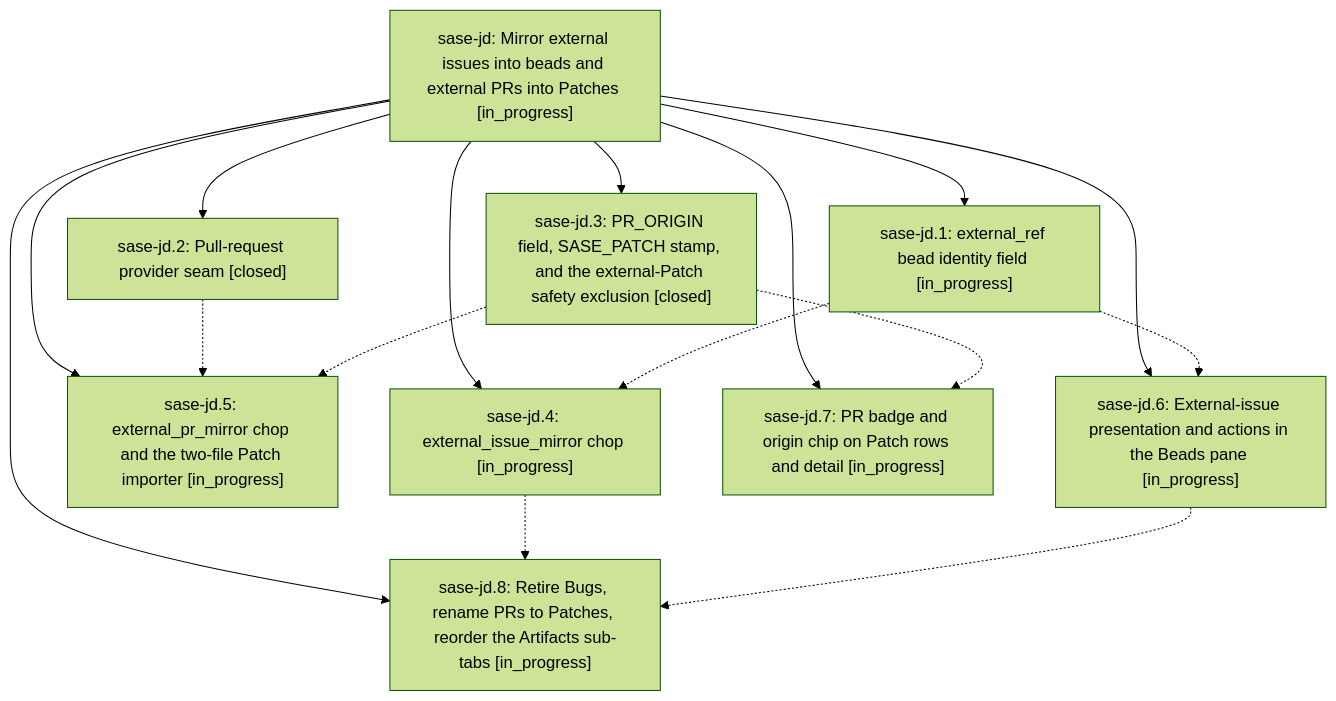
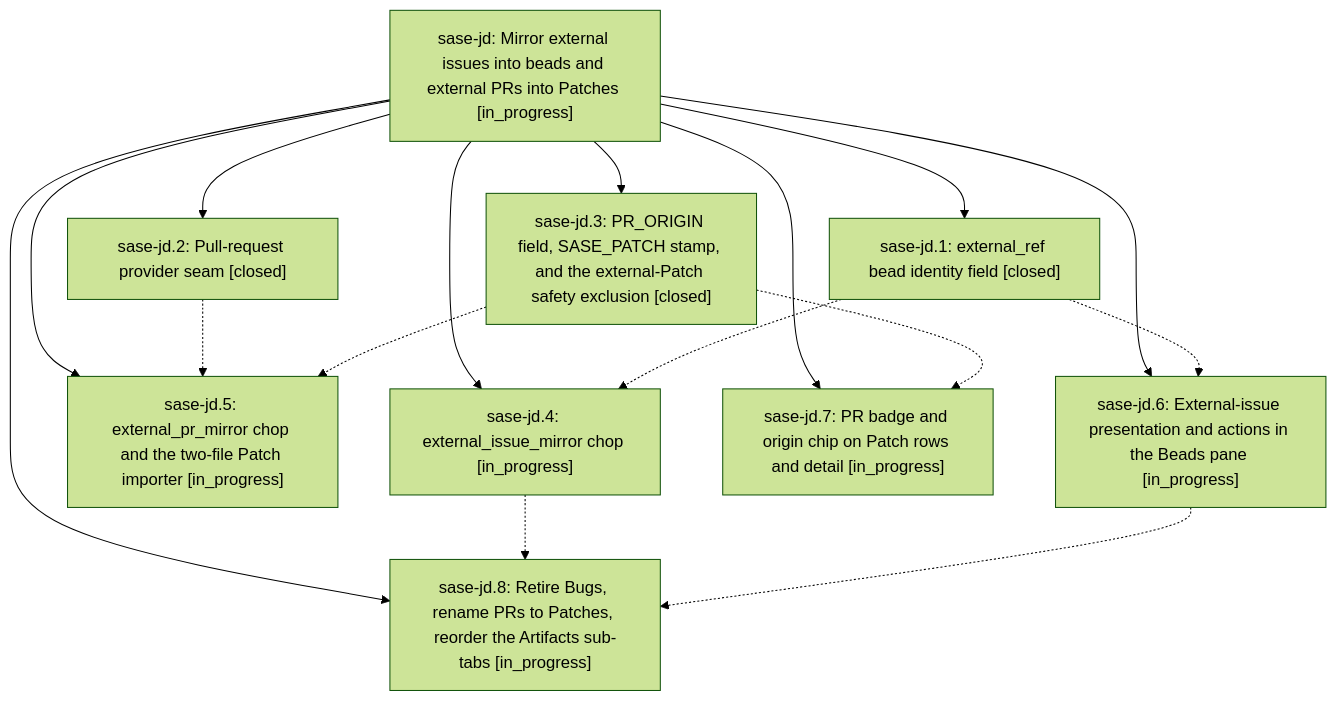
Before and after one commit to sase-org/sase--beads: the diagram in pages/sase-jd/README.md, drawn with Mermaid (forest theme). The commit also changed other lines of this file and 6 other files, not shown here.

First line of the commit message:
chore(beads): sync bead state and pages for sase-jd

````diff
--- a/pages/sase-jd/README.md
+++ b/pages/sase-jd/README.md
@@ -29,27 +29,27 @@
 ```mermaid
 flowchart TD
     n0["sase-jd: Mirror external issues into beads and external PRs into Patches [in_progress]"]
-    n1["sase-jd.1: external_ref bead identity field [in_progress]"]
+    n1["sase-jd.1: external_ref bead identity field [closed]"]
     n2["sase-jd.2: Pull-request provider seam [closed]"]
     n3["sase-jd.3: PR_ORIGIN field, SASE_PATCH stamp, and the external-Patch safety exclusion [closed]"]
     n4["sase-jd.4: external_issue_mirror chop [in_progress]"]
     n5["sase-jd.5: external_pr_mirror chop and the two-file Patch importer [in_progress]"]
     n6["sase-jd.6: External-issue presentation and actions in the Beads pane [in_progress]"]
     n7["sase-jd.7: PR badge and origin chip on Patch rows and detail [in_progress]"]
     n8["sase-jd.8: Retire Bugs, rename PRs to Patches, reorder the Artifacts sub-tabs [in_progress]"]
     n0 --> n1
     n0 --> n2
     n0 --> n3
     n0 --> n4
     n0 --> n5
     n0 --> n6
     n0 --> n7
     n0 --> n8
     n1 -.-> n4
     n1 -.-> n6
     n2 -.-> n5
     n3 -.-> n5
     n3 -.-> n7
     n4 -.-> n8
     n6 -.-> n8
 ```
````
